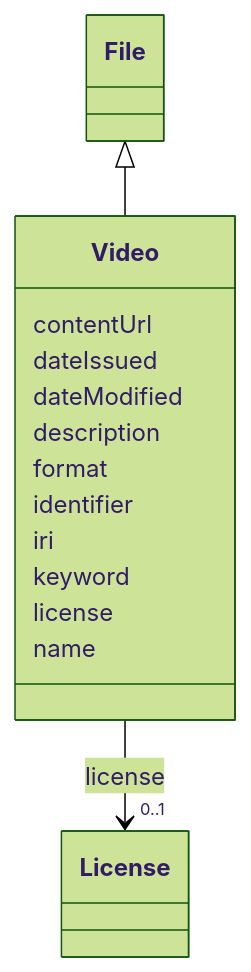
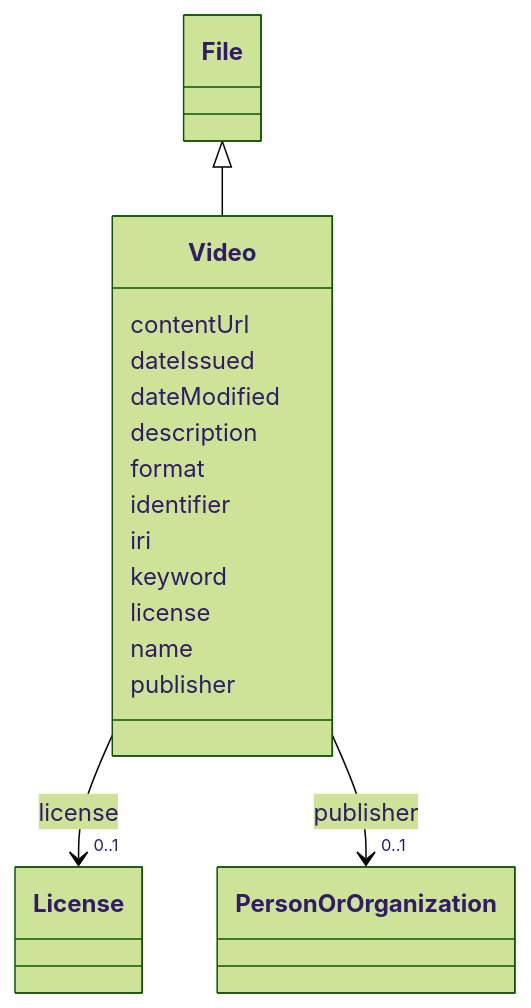
The diagram in models/docs/Video.md (EVORA-project/evora-ontology), drawn with Mermaid (forest theme) before and after one commit. The commit also changed other lines of this file and 468 other files, not shown here.

````diff
--- a/models/docs/Video.md
+++ b/models/docs/Video.md
@@ -19,36 +19,45 @@
 ```mermaid
  classDiagram
     class Video
     click Video href "../Video"
       File <|-- Video
         click File href "../File"
       
       Video : contentUrl
         
       Video : dateIssued
         
       Video : dateModified
         
       Video : description
         
       Video : format
         
       Video : identifier
         
       Video : iri
         
       Video : keyword
         
       Video : license
         
           
     
     
     Video --> "0..1" License : license
     click License href "../License"
 
         
       Video : name
         
+      Video : publisher
+        
+          
+    
+    
+    Video --> "0..1" PersonOrOrganization : publisher
+    click PersonOrOrganization href "../PersonOrOrganization"
+
+        
       
 ```
````
